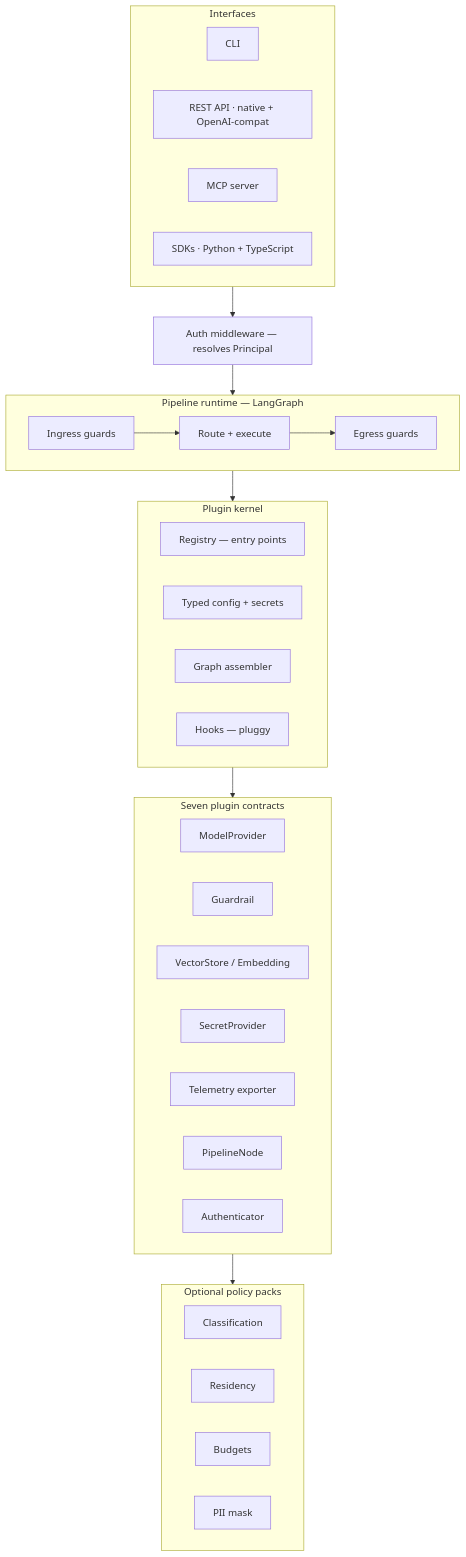
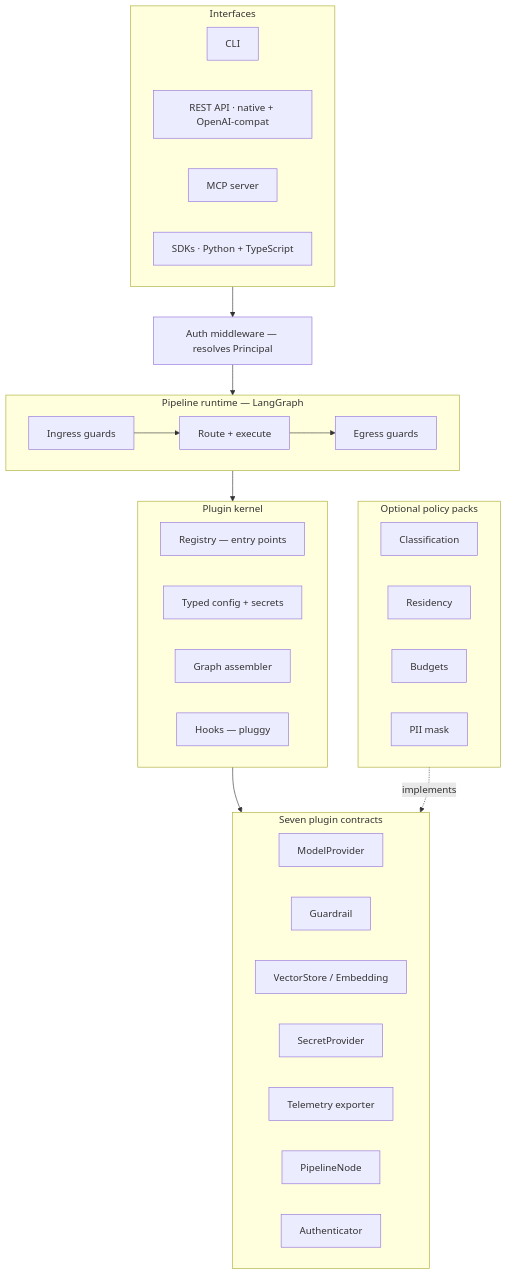
Before and after one commit to e-choness/portfolio-site: the first of 2 diagrams in _posts/2026-05-13-rebuilding-aegis-as-a-framework.md, drawn with Mermaid. The commit also changed other lines of this file and 72 other files, not shown here.

````diff
--- a/_posts/2026-05-13-rebuilding-aegis-as-a-framework.md
+++ b/_posts/2026-05-13-rebuilding-aegis-as-a-framework.md
@@ -37,35 +36,36 @@
 ```mermaid
 flowchart TD
     subgraph IF[Interfaces]
         CLI[CLI]
         REST[REST API · native + OpenAI-compat]
         MCPS[MCP server]
         SDK[SDKs · Python + TypeScript]
     end
     AUTH[Auth middleware — resolves Principal]
     subgraph PR[Pipeline runtime — LangGraph]
         IN[Ingress guards] --> RX[Route + execute] --> EG[Egress guards]
     end
     subgraph K[Plugin kernel]
         REG[Registry — entry points]
         CFG[Typed config + secrets]
         ASM[Graph assembler]
         HK[Hooks — pluggy]
     end
     subgraph C[Seven plugin contracts]
         MP[ModelProvider]
         GP[Guardrail]
         RG[VectorStore / Embedding]
         SP[SecretProvider]
         TE[Telemetry exporter]
         PN[PipelineNode]
         AU[Authenticator]
     end
     subgraph PP[Optional policy packs]
         CL[Classification]
         RES[Residency]
         BUD[Budgets]
         PII[PII mask]
     end
-    IF --> AUTH --> PR --> K --> C --> PP
+    IF --> AUTH --> PR --> K --> C
+    PP -. implements .-> C
 ```
````
